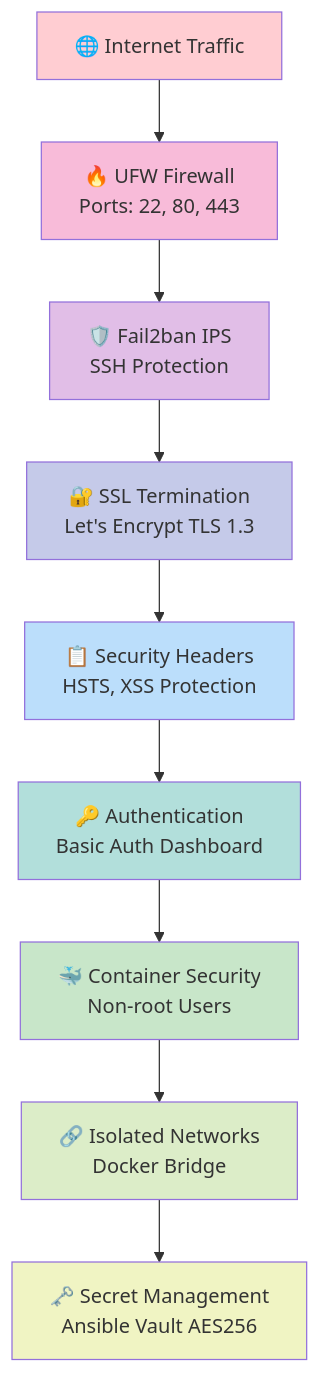
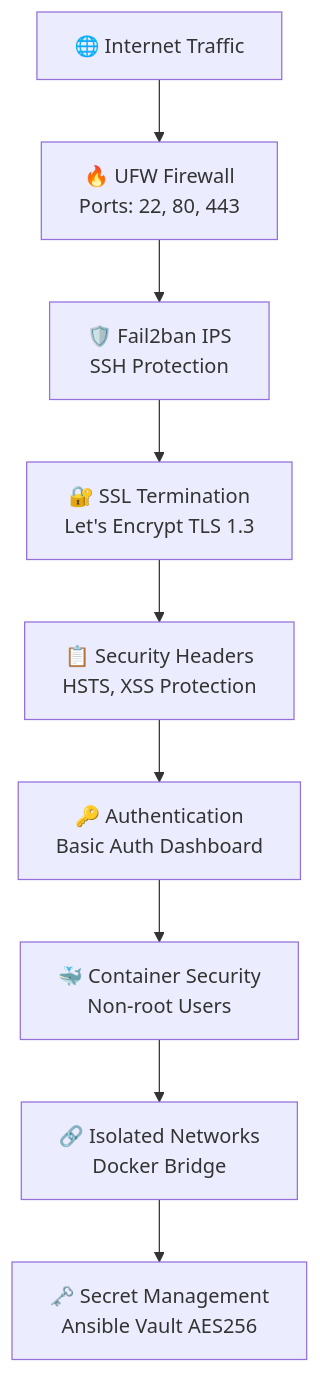
The fourth of 5 diagrams in README.md (bayuirsad26/ansible-thesis), drawn with Mermaid before and after one commit. The commit also changed other lines of this file and 6 other files, not shown here.

````diff
--- a/README.md
+++ b/README.md
@@ -428,28 +342,18 @@
 ```mermaid
 graph TD
     Internet[🌐 Internet Traffic] --> Firewall[🔥 UFW Firewall<br/>Ports: 22, 80, 443]
     
     Firewall --> IPS[🛡️ Fail2ban IPS<br/>SSH Protection]
     
     IPS --> SSL[🔐 SSL Termination<br/>Let's Encrypt TLS 1.3]
     
     SSL --> Headers[📋 Security Headers<br/>HSTS, XSS Protection]
     
     Headers --> Auth[🔑 Authentication<br/>Basic Auth Dashboard]
     
     Auth --> Container[🐳 Container Security<br/>Non-root Users]
     
     Container --> Network[🔗 Isolated Networks<br/>Docker Bridge]
     
     Network --> Secrets[🗝️ Secret Management<br/>Ansible Vault AES256]
-    
-    style Internet fill:#ffcdd2
-    style Firewall fill:#f8bbd9
-    style IPS fill:#e1bee7
-    style SSL fill:#c5cae9
-    style Headers fill:#bbdefb
-    style Auth fill:#b2dfdb
-    style Container fill:#c8e6c9
-    style Network fill:#dcedc8
-    style Secrets fill:#f0f4c3
 ```
````
